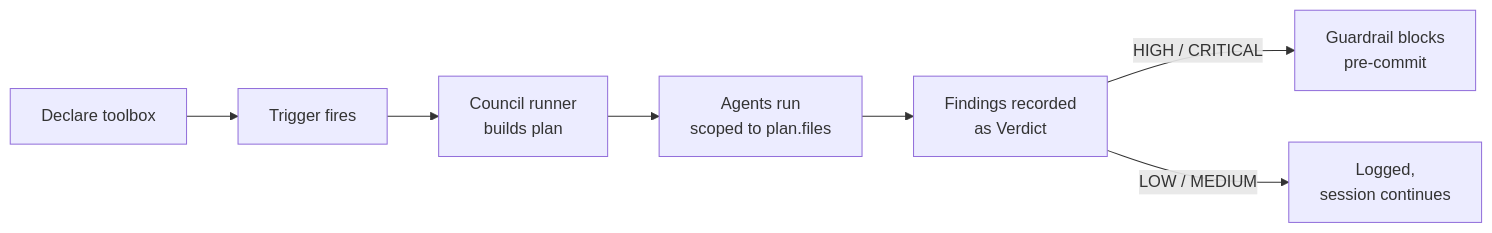
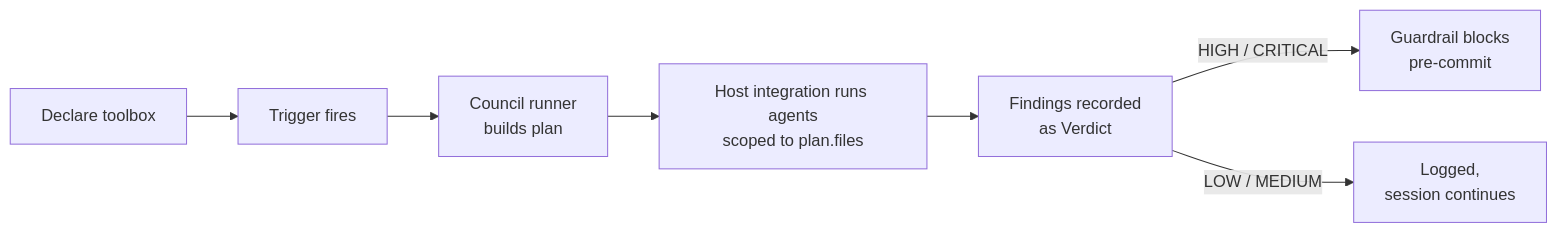
The diagram in docs/toolbox/index.md (stevesolun/ctx), drawn with Mermaid before and after one commit. The commit also changed other lines of this file and 122 other files, not shown here.

````diff
--- a/docs/toolbox/index.md
+++ b/docs/toolbox/index.md
@@ -20,9 +21,9 @@
 ```mermaid
 flowchart LR
   A[Declare toolbox] --> B[Trigger fires]
   B --> C[Council runner<br/>builds plan]
-  C --> D[Agents run<br/>scoped to plan.files]
+  C --> D[Host integration runs agents<br/>scoped to plan.files]
   D --> E[Findings recorded<br/>as Verdict]
   E -->|HIGH / CRITICAL| F[Guardrail blocks<br/>pre-commit]
   E -->|LOW / MEDIUM| G[Logged,<br/>session continues]
 ```
````
